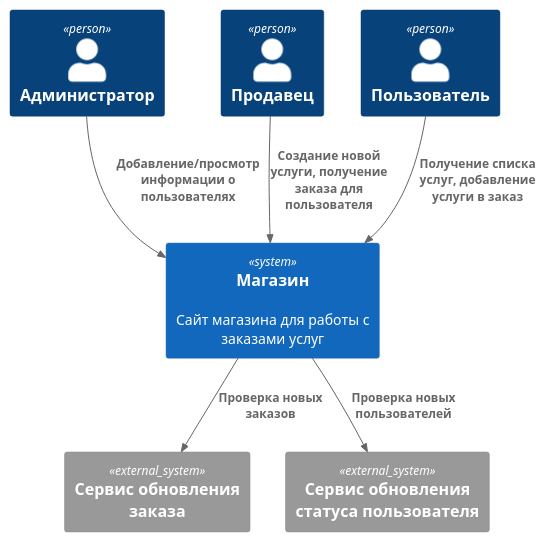
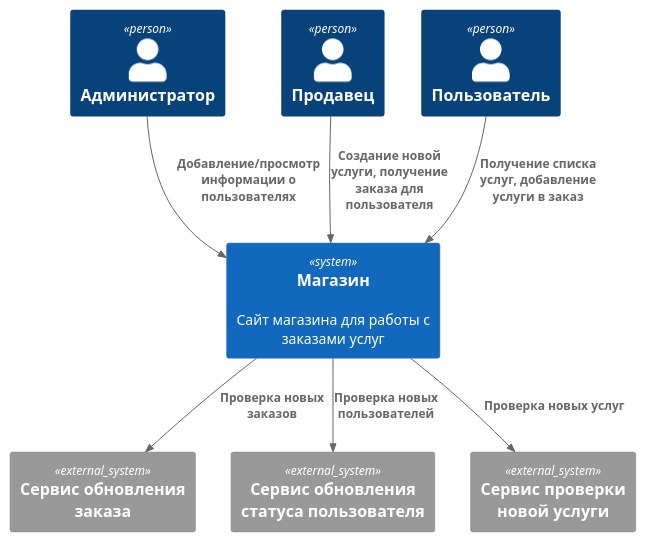
The diagram in HW0/context.md (Artem531/ArchitectureHW), drawn with PlantUML before and after one commit. The commit also changed other lines of this file, not shown here.

Commit message:
Дозалил правки

````diff
--- a/HW0/context.md
+++ b/HW0/context.md
@@ -4,21 +4,23 @@
 ```plantuml
 @startuml
 !include https://raw.githubusercontent.com/plantuml-stdlib/C4-PlantUML/master/C4_Container.puml
 
 Person(admin, "Администратор")
 Person(seller, "Продавец")
 Person(user, "Пользователь")
 
 System(shop, "Магазин", "Сайт магазина для работы с заказами услуг")
 System_Ext(order_checker, "Сервис обновления заказа")
 System_Ext(new_user_checker, "Сервис обновления статуса пользователя")
+System_Ext(new_service_checker, "Сервис проверки новой услуги")
 
 Rel(admin, shop, "Добавление/просмотр информации о пользователях")
 Rel(seller, shop,"Создание новой услуги, получение заказа для пользователя")
 Rel(user, shop,"Получение списка услуг, добавление услуги в заказ")
 
 Rel(shop, order_checker, "Проверка новых заказов")
 Rel(shop, new_user_checker, "Проверка новых пользователей")
+Rel(shop, new_service_checker, "Проверка новых услуг")
 
 @enduml
 ```
````
